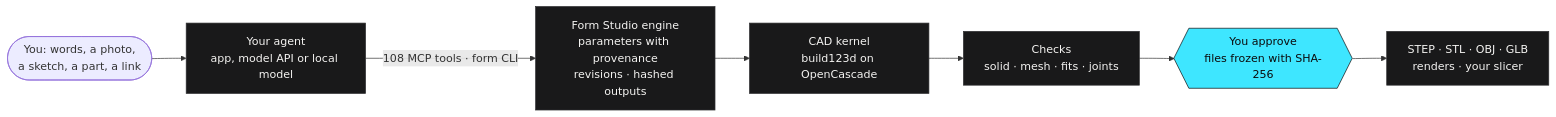
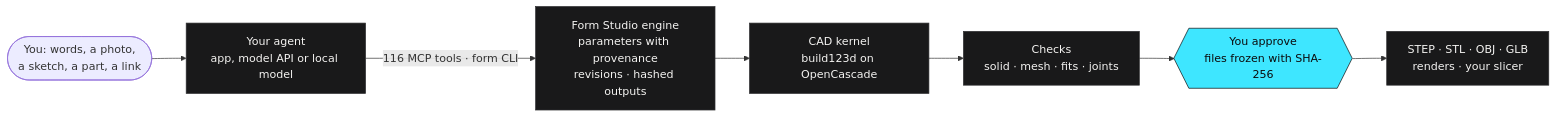
One commit to kaizensx/form-studio changed the diagram in README.md. Above: the diagram before and after it, drawn with Mermaid. The commit also changed other lines of this file and 28 other files, not shown here.

````diff
--- a/README.md
+++ b/README.md
@@ -86,13 +86,13 @@
 ```mermaid
 flowchart LR
   you(["You: words, a photo,<br/>a sketch, a part, a link"]) --> agent["Your agent<br/>app, model API or local model"]
-  agent -- "108 MCP tools · form CLI" --> engine["Form Studio engine<br/>parameters with provenance<br/>revisions · hashed outputs"]
+  agent -- "116 MCP tools · form CLI" --> engine["Form Studio engine<br/>parameters with provenance<br/>revisions · hashed outputs"]
   engine --> kernel["CAD kernel<br/>build123d on OpenCascade"]
   kernel --> checks["Checks<br/>solid · mesh · fits · joints"]
   checks --> release{{"You approve<br/>files frozen with SHA-256"}}
   release --> out["STEP · STL · OBJ · GLB<br/>renders · your slicer"]
   classDef datum fill:#3ee6ff,stroke:#0b0b0c,color:#0b0b0c
   classDef plate fill:#19191a,stroke:#2f2f31,color:#f4f3f1
   class release datum
   class agent,engine,kernel,checks,out plate
 ```
````
